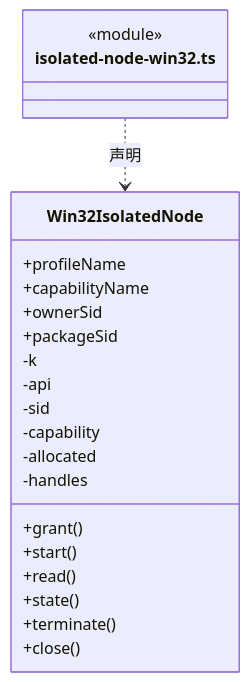
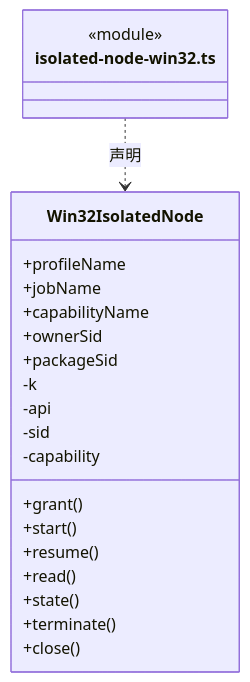
Diagram 14 of 36 in src/backend/main/platform/ARCHITECTURE.md (nan023062/cbim), drawn with Mermaid before and after one commit. The commit also changed other lines of this file and 53 other files, not shown here.

````diff
--- a/src/backend/main/platform/ARCHITECTURE.md
+++ b/src/backend/main/platform/ARCHITECTURE.md
@@ -355,25 +357,25 @@
 ```mermaid
 classDiagram
 class N_src_backend_main_platform_isolated_node_win32_ts["isolated-node-win32.ts"] {
   <<module>>
 }
 class N_src_backend_main_platform_isolated_node_win32_ts_Win32IsolatedNode["Win32IsolatedNode"] {
   +profileName
+  +jobName
   +capabilityName
   +ownerSid
   +packageSid
   +grant()
   +start()
+  +resume()
   +read()
   +state()
   +terminate()
   +close()
   -k
   -api
   -sid
   -capability
-  -allocated
-  -handles
 }
 N_src_backend_main_platform_isolated_node_win32_ts ..> N_src_backend_main_platform_isolated_node_win32_ts_Win32IsolatedNode : 声明
 ```
````
